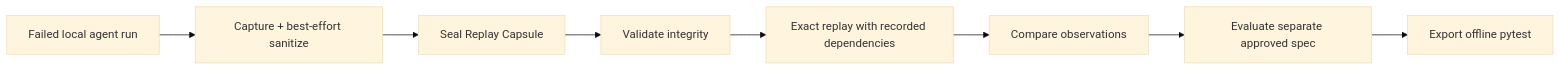
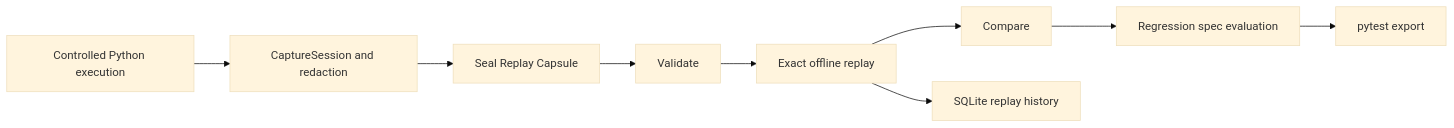
One commit to rit2001/traceforge changed the first of 2 diagrams in README.md. Above: the diagram before and after it, drawn with Mermaid (base theme). The commit also changed other lines of this file, not shown here.

````diff
--- a/README.md
+++ b/README.md
@@ -11,10 +130,11 @@
 ```mermaid
 flowchart LR
-  A[Failed local agent run] --> B[Capture + best-effort sanitize]
+  A[Controlled Python execution] --> B[CaptureSession and redaction]
   B --> C[Seal Replay Capsule]
-  C --> D[Validate integrity]
-  D --> E[Exact replay with recorded dependencies]
-  E --> F[Compare observations]
-  F --> G[Evaluate separate approved spec]
-  G --> H[Export offline pytest]
+  C --> D[Validate]
+  D --> E[Exact offline replay]
+  E --> F[Compare]
+  F --> G[Regression spec evaluation]
+  G --> H[pytest export]
+  E --> I[SQLite replay history]
 ```
````
